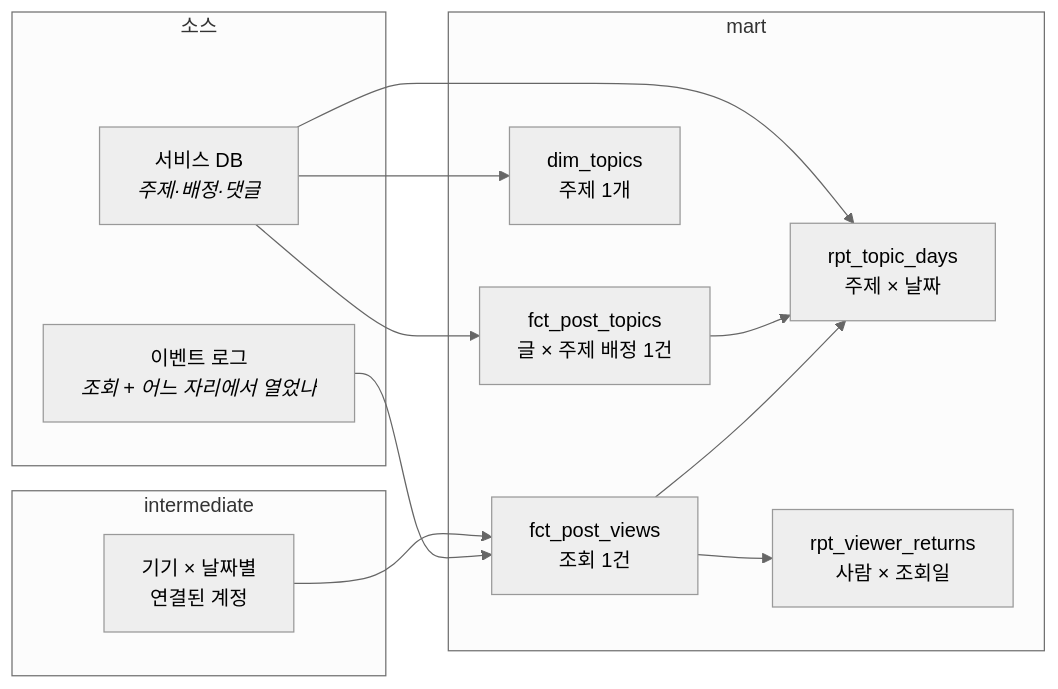
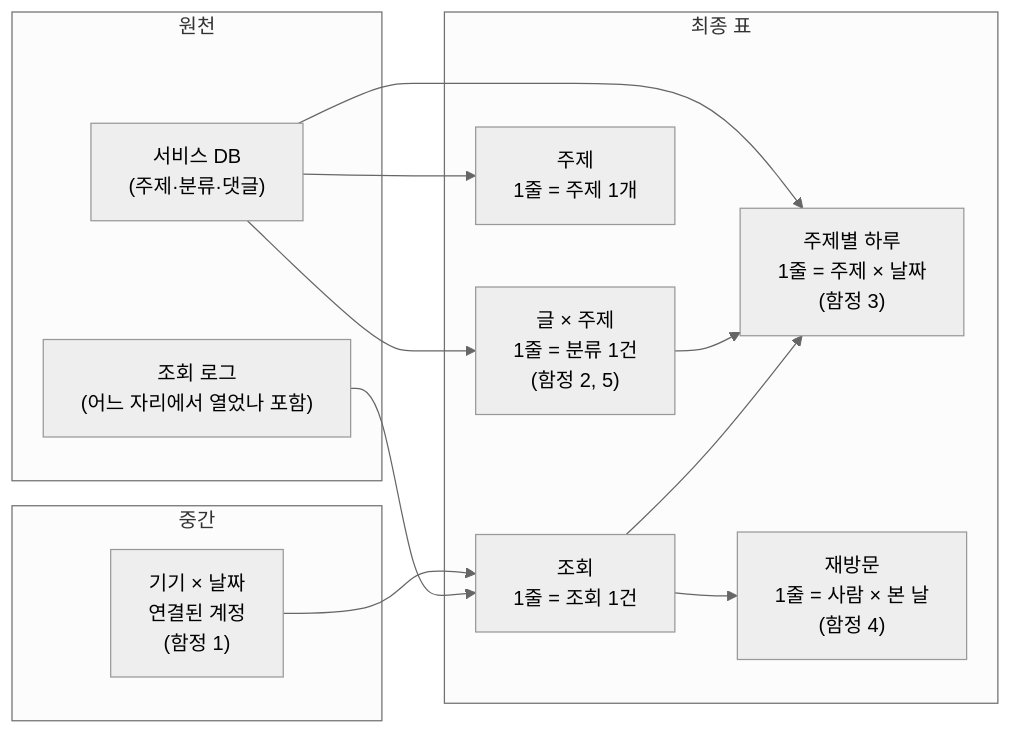
The third of 3 diagrams in 2026/11/23-metric-definition-pitfalls.md (suojae/DAE_study_with_claude), drawn with Mermaid (neutral theme) before and after one commit. The commit also changed other lines of this file, not shown here.

````diff
--- a/2026/11/23-metric-definition-pitfalls.md
+++ b/2026/11/23-metric-definition-pitfalls.md
@@ -35,22 +225,23 @@
 ```mermaid
 flowchart LR
-    subgraph SRC["소스"]
-        EV["이벤트 로그<br/><i>조회 + 어느 자리에서 열었나</i>"]
-        DB["서비스 DB<br/><i>주제·배정·댓글</i>"]
+    subgraph SRC["원천"]
+        EV["조회 로그<br/>(어느 자리에서 열었나 포함)"]
+        DB["서비스 DB<br/>(주제·분류·댓글)"]
     end
-    subgraph INT["intermediate"]
-        LINK["기기 × 날짜별<br/>연결된 계정"]
+    subgraph MID["중간"]
+        LINK["기기 × 날짜<br/>연결된 계정<br/>(함정 1)"]
     end
-    subgraph MART["mart"]
-        FV["fct_post_views<br/>조회 1건"]
-        DT["dim_topics<br/>주제 1개"]
-        FPT["fct_post_topics<br/>글 × 주제 배정 1건"]
-        RTD["rpt_topic_days<br/>주제 × 날짜"]
-        RVR["rpt_viewer_returns<br/>사람 × 조회일"]
+    subgraph OUT["최종 표"]
+        FV["조회<br/>1줄 = 조회 1건"]
+        DT["주제<br/>1줄 = 주제 1개"]
+        FPT["글 × 주제<br/>1줄 = 분류 1건<br/>(함정 2, 5)"]
+        RTD["주제별 하루<br/>1줄 = 주제 × 날짜<br/>(함정 3)"]
+        RVR["재방문<br/>1줄 = 사람 × 본 날<br/>(함정 4)"]
     end
     EV --> FV
     LINK --> FV
     DB --> DT & FPT
-    FV & FPT & DB --> RTD
+    FV & FPT --> RTD
+    DB --> RTD
     FV --> RVR
 ```
````
